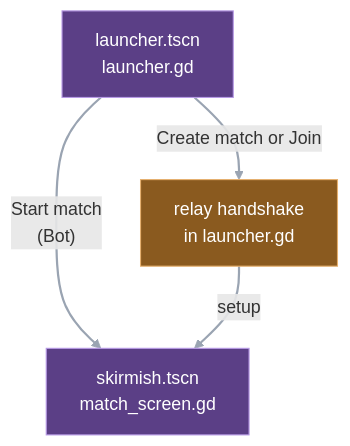
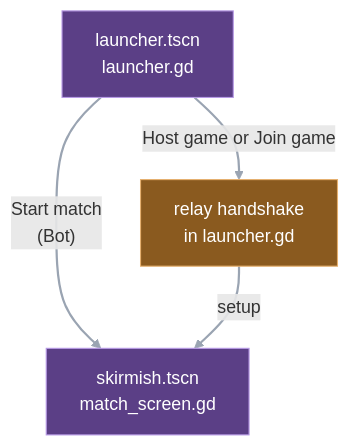
The second of 3 diagrams in docs/guide/05-presentation.md (blackcindergames/wargrid), drawn with Mermaid before and after one commit. The commit also changed other lines of this file and 86 other files, not shown here.

````diff
--- a/docs/guide/05-presentation.md
+++ b/docs/guide/05-presentation.md
@@ -163,11 +163,11 @@
 ```mermaid
 flowchart TD
     launch["launcher.tscn<br/>launcher.gd"] -->|"Start match<br/>(Bot)"| skirm["skirmish.tscn<br/>match_screen.gd"]
-    launch -->|"Create match or Join"| relay["relay handshake<br/>in launcher.gd"]
+    launch -->|"Host game or Join game"| relay["relay handshake<br/>in launcher.gd"]
     relay -->|"setup"| skirm
     classDef driver fill:#5b3f86,stroke:#b79ae6,color:#ffffff
     classDef net fill:#8a5a1f,stroke:#e6b06f,color:#ffffff
     class launch,skirm driver
     class relay net
     linkStyle default stroke:#9aa4b2,stroke-width:2px
 ```
````
